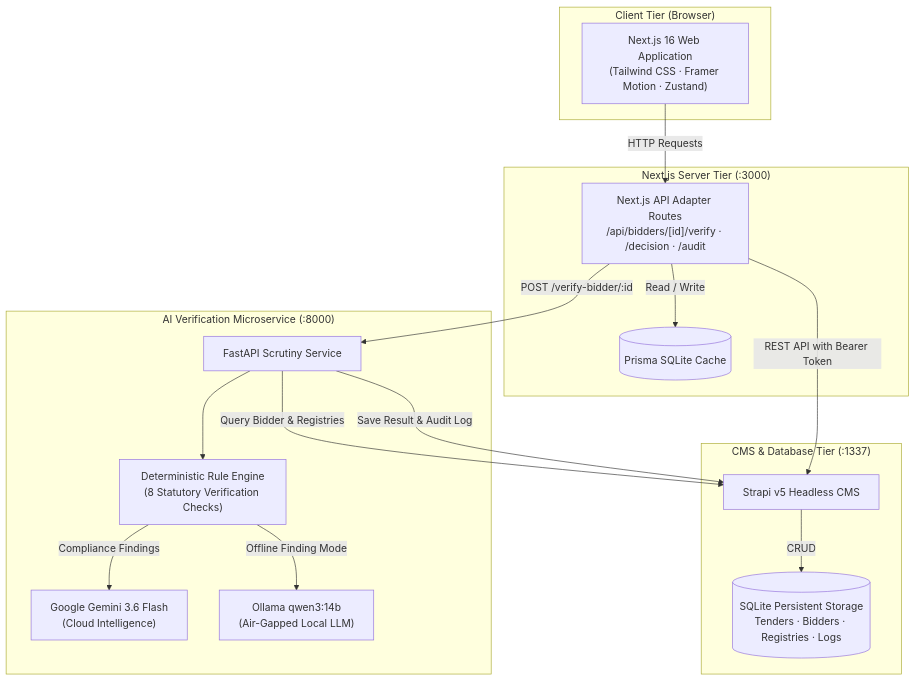
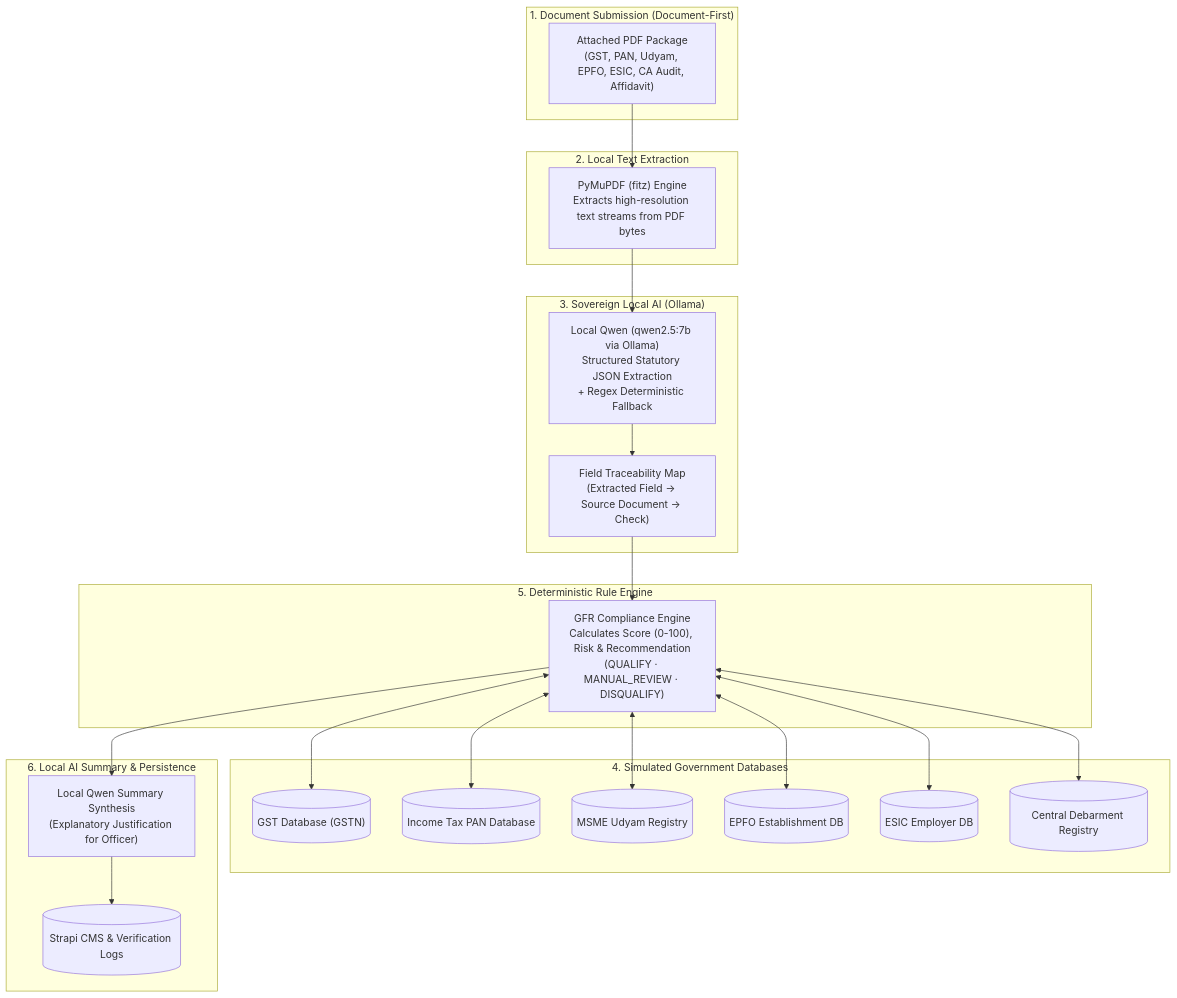
The diagram in README.md (dush404/BidSetu-compliance-platform), drawn with Mermaid before and after one commit. The commit also changed other lines of this file and 30 other files, not shown here.

````diff
--- a/README.md
+++ b/README.md
@@ -83,34 +43,41 @@
 ```mermaid
 flowchart TB
-    subgraph Client ["Client Tier (Browser)"]
-        UI["Next.js 16 Web Application\n(Tailwind CSS · Framer Motion · Zustand)"]
+    subgraph InputTier ["1. Document Submission (Document-First)"]
+        PDFs["Attached PDF Package\n(GST, PAN, Udyam, EPFO, ESIC, CA Audit, Affidavit)"]
     end
 
-    subgraph FrontendServer ["Next.js Server Tier (:3000)"]
-        Proxy["Next.js API Adapter Routes\n/api/bidders/[id]/verify · /decision · /audit"]
-        LocalCache[(Prisma SQLite Cache)]
+    subgraph ParserTier ["2. Local Text Extraction"]
+        PyMuPDF["PyMuPDF (fitz) Engine\nExtracts high-resolution text streams from PDF bytes"]
     end
 
-    subgraph CMSTier ["CMS & Database Tier (:1337)"]
-        Strapi["Strapi v5 Headless CMS"]
-        DB[(SQLite Persistent Storage\nTenders · Bidders · Registries · Logs)]
+    subgraph LocalAITier ["3. Sovereign Local AI (Ollama)"]
+        Qwen["Local Qwen (qwen2.5:7b via Ollama)\nStructured Statutory JSON Extraction\n+ Regex Deterministic Fallback"]
+        Traceability["Field Traceability Map\n(Extracted Field → Source Document → Check)"]
     end
 
-    subgraph AITier ["AI Verification Microservice (:8000)"]
-        FastAPI["FastAPI Scrutiny Service"]
-        RuleEngine["Deterministic Rule Engine\n(8 Statutory Verification Checks)"]
-        CloudLLM["Google Gemini 3.6 Flash\n(Cloud Intelligence)"]
-        LocalLLM["Ollama qwen3:14b\n(Air-Gapped Local LLM)"]
+    subgraph RegistryTier ["4. Simulated Government Databases"]
+        GSTDB[("GST Database (GSTN)")]
+        PANDB[("Income Tax PAN Database")]
+        UdyamDB[("MSME Udyam Registry")]
+        EPFODB[("EPFO Establishment DB")]
+        ESICDB[("ESIC Employer DB")]
+        BlacklistDB[("Central Debarment Registry")]
     end
 
-    UI -->|HTTP Requests| Proxy
-    Proxy -->|Read / Write| LocalCache
-    Proxy -->|REST API with Bearer Token| Strapi
-    Strapi -->|CRUD| DB
-    Proxy -->|POST /verify-bidder/:id| FastAPI
-    FastAPI -->|Query Bidder & Registries| Strapi
-    FastAPI --> RuleEngine
-    RuleEngine -->|Compliance Findings| CloudLLM
-    RuleEngine -->|Offline Finding Mode| LocalLLM
-    FastAPI -->|Save Result & Audit Log| Strapi
+    subgraph RuleTier ["5. Deterministic Rule Engine"]
+        Engine["GFR Compliance Engine\nCalculates Score (0-100), Risk & Recommendation\n(QUALIFY · MANUAL_REVIEW · DISQUALIFY)"]
+    end
+
+    subgraph SummaryTier ["6. Local AI Summary & Persistence"]
+        QwenSummary["Local Qwen Summary Synthesis\n(Explanatory Justification for Officer)"]
+        StrapiDB[("Strapi CMS & Verification Logs")]
+    end
+
+    PDFs --> PyMuPDF
+    PyMuPDF --> Qwen
+    Qwen --> Traceability
+    Traceability --> Engine
+    Engine <--> GSTDB & PANDB & UdyamDB & EPFODB & ESICDB & BlacklistDB
+    Engine --> QwenSummary
+    QwenSummary --> StrapiDB
 ```
````
